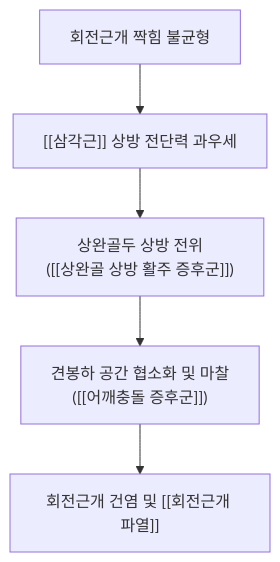
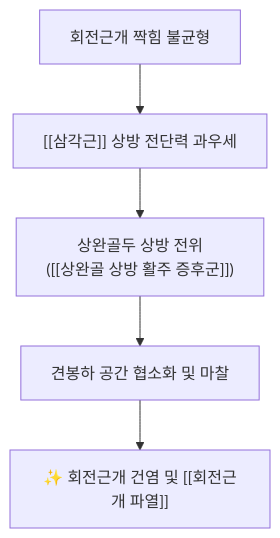
Before and after one commit to simbio11/simbio-digital-garden2: the diagram in content/1. 근골격계 공부/근육/(4) 어깨/회전근개.md, drawn with Mermaid. The commit also changed other lines of this file and 25 other files, not shown here.

````diff
--- a/content/1. 근골격계 공부/근육/(4) 어깨/회전근개.md
+++ b/content/1. 근골격계 공부/근육/(4) 어깨/회전근개.md
@@ -78,7 +51,8 @@
 ```mermaid
 graph TD
     RotatorImbalance["회전근개 짝힘 불균형"] --> ShearDominance["[[삼각근]] 상방 전단력 과우세"]
-    ShearDominance --> SuperiorMigration["상완골두 상방 전위<br>([[상완골 상방 활주 증후군]])"]
-    SuperiorMigration --> Impingement["견봉하 공간 협소화 및 마찰<br>([[어깨충돌 증후군]])"]
-    Impingement --> CuffTear["회전근개 건염 및 [[회전근개 파열]]"]
+    ShearDominance --> SuperiorMigration["상완골두 상방 전위
+([[상완골 상방 활주 증후군]])"]
+    SuperiorMigration --> Impingement["견봉하 공간 협소화 및 마찰"]
+    Impingement --> CuffTear["✨ 회전근개 건염 및 [[회전근개 파열]]"]
 ```
````
